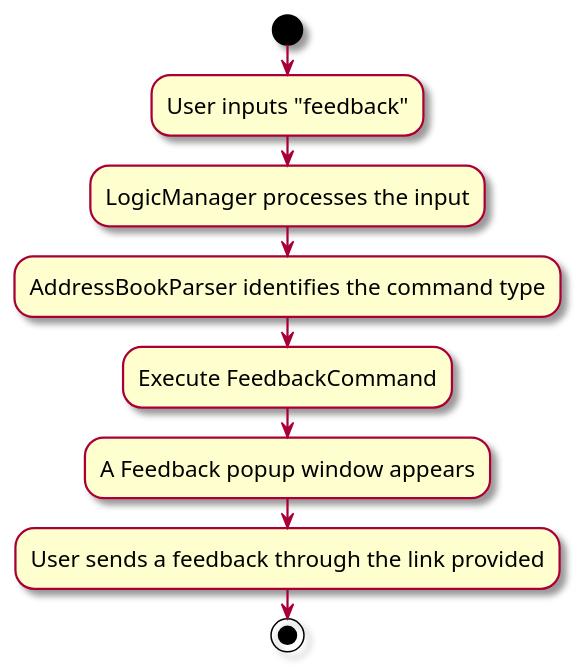
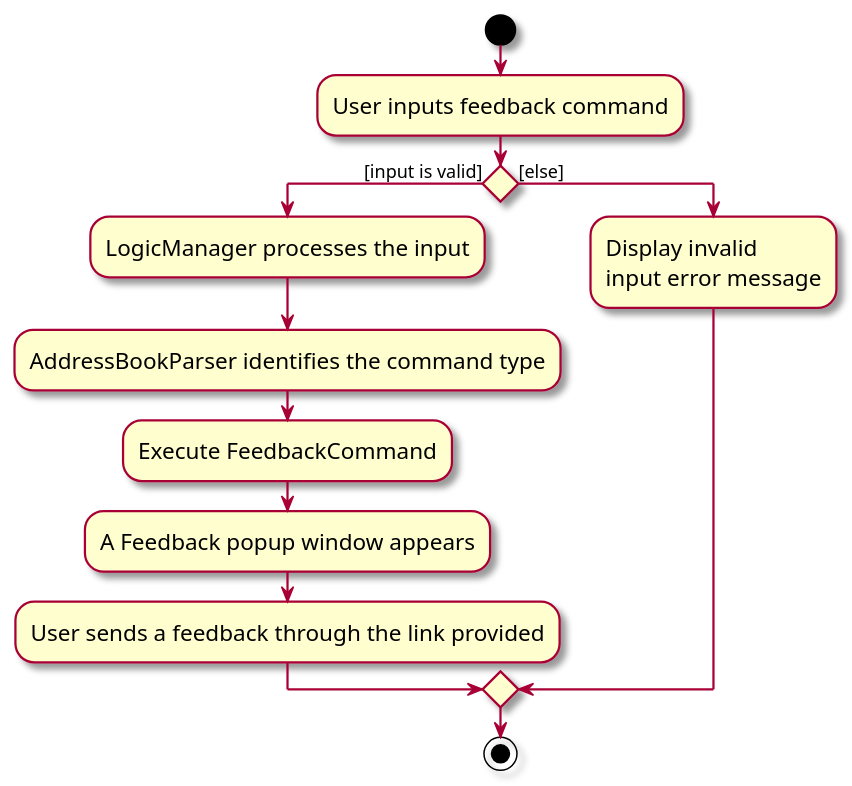
Before and after one commit to tanteckfang/tp: the diagram in docs/diagrams/FeedbackActivityDiagram.puml, drawn with PlantUML. The commit also changed 6 other files, not shown here.

Commit message:
Update various diagrams, fix use cases and add a theme use case

```diff
--- a/docs/diagrams/FeedbackActivityDiagram.puml
+++ b/docs/diagrams/FeedbackActivityDiagram.puml
@@ -1,22 +1,27 @@
 @startuml
 skin rose
 skinparam ActivityFontSize 15
 skinparam ArrowFontSize 12
 
 start
 
-:User inputs "feedback";
+:User inputs feedback command;
 
-:LogicManager processes the input;
+if () then ([input is valid])
 
-:AddressBookParser identifies the command type;
+    :LogicManager processes the input;
 
-:Execute FeedbackCommand;
+    :AddressBookParser identifies the command type;
 
-:A Feedback popup window appears;
+    :Execute FeedbackCommand;
 
-:User sends a feedback through the link provided;
+    :A Feedback popup window appears;
 
+    :User sends a feedback through the link provided;
+else ([else])
+:Display invalid \ninput error message;
+
+endif
 stop
 
 @enduml
```
